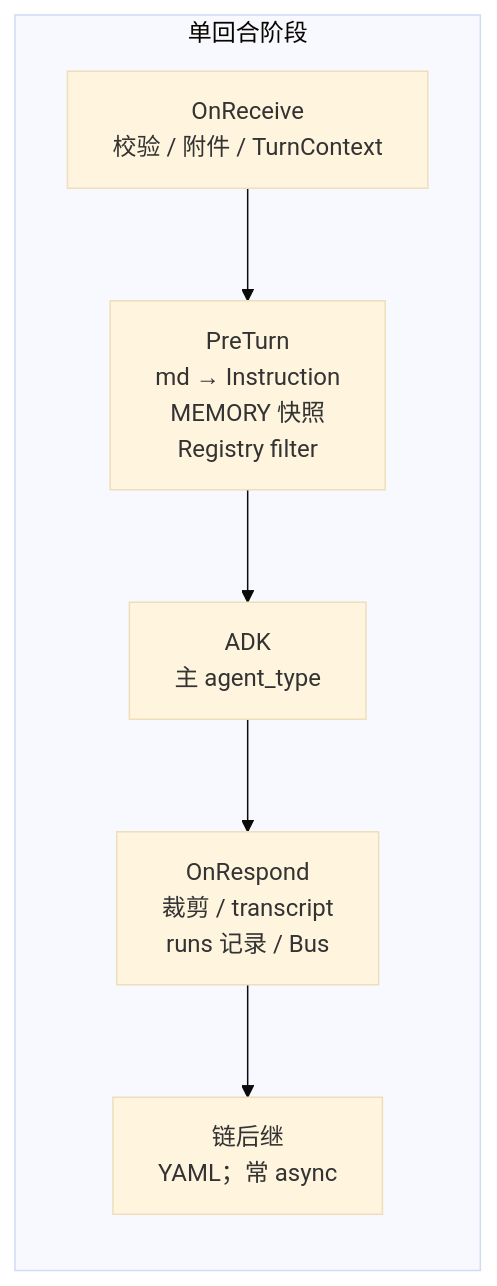
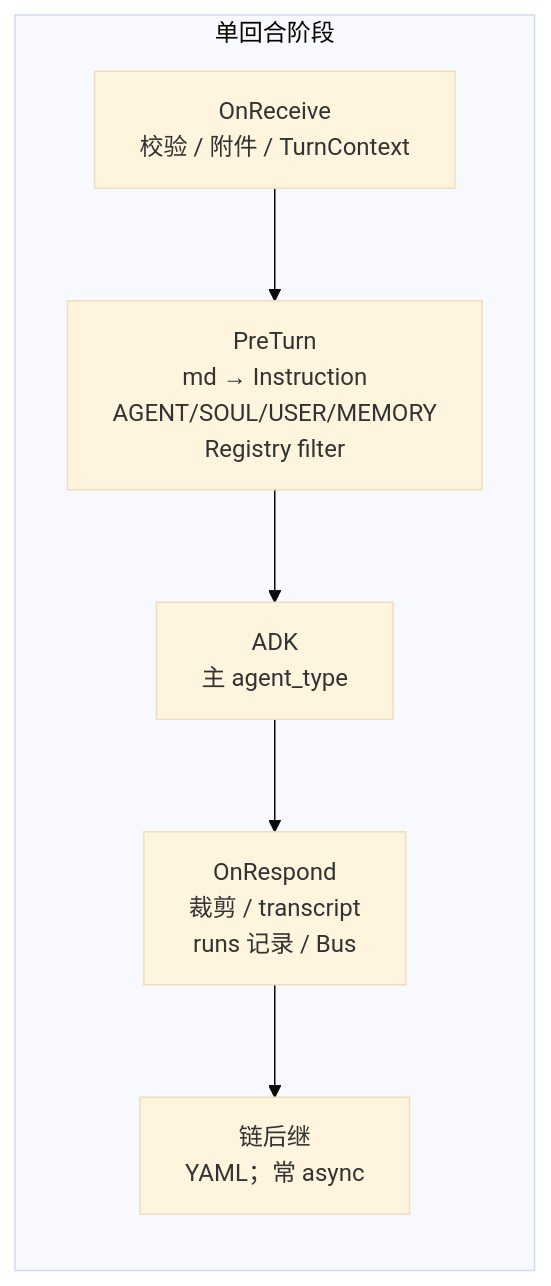
One commit to lengzhao/oneclaw changed the third of 9 diagrams in docs/architecture.md. Above: the diagram before and after it, drawn with Mermaid (base theme). The commit also changed other lines of this file and 77 other files, not shown here.

````diff
--- a/docs/architecture.md
+++ b/docs/architecture.md
@@ -116,11 +116,11 @@
 ```mermaid
 flowchart LR
   subgraph phases [单回合阶段]
     R[OnReceive<br/>校验 / 附件 / TurnContext]
-    P[PreTurn<br/>md → Instruction<br/>MEMORY 快照<br/>Registry filter]
+    P[PreTurn<br/>md → Instruction<br/>AGENT/SOUL/USER/MEMORY<br/>Registry filter]
     A[ADK<br/>主 agent_type]
     O[OnRespond<br/>裁剪 / transcript<br/>runs 记录 / Bus]
     Q[链后继<br/>YAML；常 async]
   end
   R --> P --> A --> O --> Q
 ```
````
